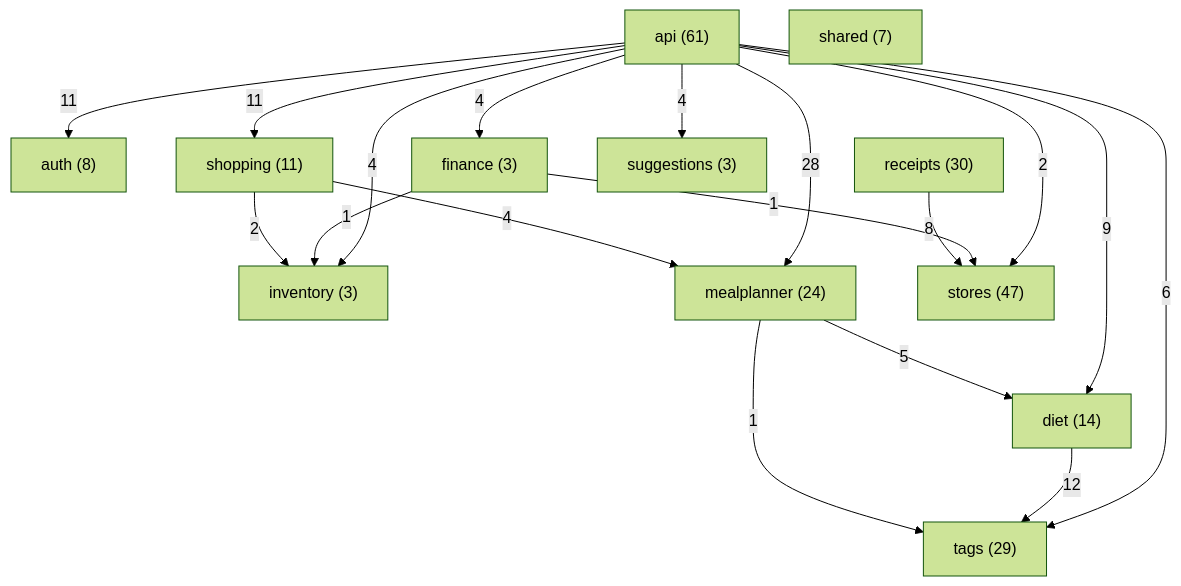
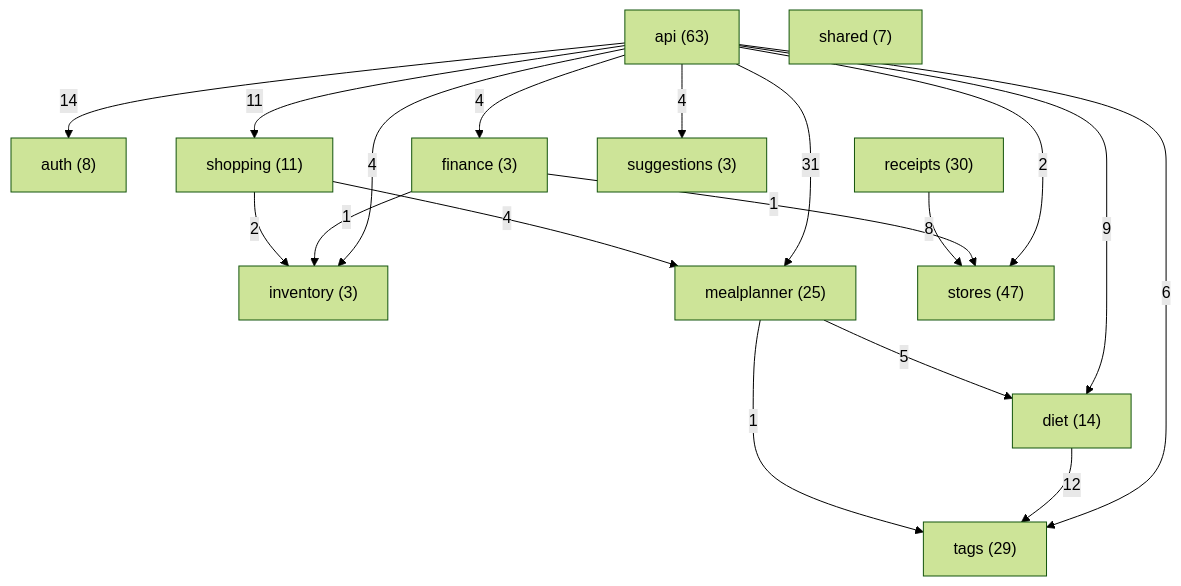
One commit to Nate-ryan-7690/dahaem changed the diagram in docs/classes/README.md. Above: the diagram before and after it, drawn with Mermaid (forest theme). The commit also changed other lines of this file and 4 other files, not shown here.

````diff
--- a/docs/classes/README.md
+++ b/docs/classes/README.md
@@ -9,32 +9,32 @@
 ```mermaid
 flowchart TD
-    api["api (61)"]
+    api["api (63)"]
     auth["auth (8)"]
     diet["diet (14)"]
     finance["finance (3)"]
     inventory["inventory (3)"]
-    mealplanner["mealplanner (24)"]
+    mealplanner["mealplanner (25)"]
     receipts["receipts (30)"]
     shared["shared (7)"]
     shopping["shopping (11)"]
     stores["stores (47)"]
     suggestions["suggestions (3)"]
     tags["tags (29)"]
-    api -->|11| auth
+    api -->|14| auth
     api -->|9| diet
     api -->|4| finance
     api -->|4| inventory
-    api -->|28| mealplanner
+    api -->|31| mealplanner
     api -->|11| shopping
     api -->|2| stores
     api -->|4| suggestions
     api -->|6| tags
     diet -->|12| tags
     finance -->|1| inventory
     finance -->|1| stores
     mealplanner -->|5| diet
     mealplanner -->|1| tags
     receipts -->|8| stores
     shopping -->|2| inventory
     shopping -->|4| mealplanner
 ```
````
